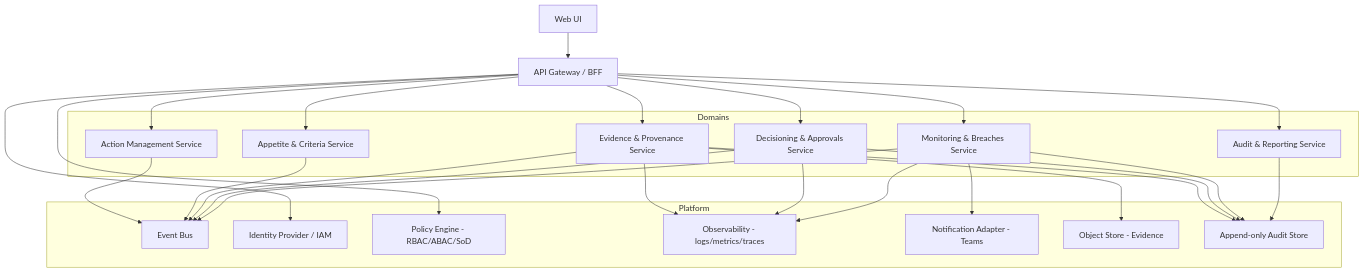
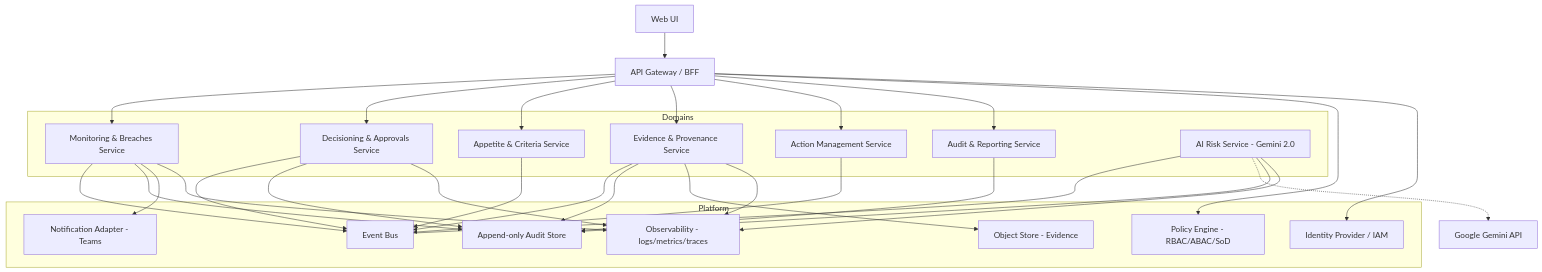
One commit to Domtellis/erm-platform changed the first of 2 diagrams in content/enterprise-architecture/04-solutions/reference-architecture.md. Above: the diagram before and after it, drawn with Mermaid. The commit also changed other lines of this file and 158 other files, not shown here.

````diff
--- a/content/enterprise-architecture/04-solutions/reference-architecture.md
+++ b/content/enterprise-architecture/04-solutions/reference-architecture.md
@@ -7,49 +7,54 @@
 ```mermaid
 flowchart TB
   UI[Web UI] --> APIGW[API Gateway / BFF]
 
   subgraph Domains
     MB[Monitoring & Breaches Service]
     AC[Appetite & Criteria Service]
     DA[Decisioning & Approvals Service]
     EP[Evidence & Provenance Service]
     AM[Action Management Service]
     AR[Audit & Reporting Service]
+    AI[AI Risk Service - Gemini 2.0]
   end
 
   APIGW --> MB
   APIGW --> DA
   APIGW --> AC
   APIGW --> EP
   APIGW --> AM
   APIGW --> AR
 
   subgraph Platform
     BUS[Event Bus]
     ID[Identity Provider / IAM]
     POL[Policy Engine - RBAC/ABAC/SoD]
     OBS[Observability - logs/metrics/traces]
     NOTIF[Notification Adapter - Teams]
     STORE[Object Store - Evidence]
     AUDITSTORE[Append-only Audit Store]
   end
 
   MB --> BUS
   DA --> BUS
   EP --> BUS
   AC --> BUS
   AM --> BUS
+  AI --- BUS
+  AI -.-> GEM[Google Gemini API]
 
   AR --> AUDITSTORE
   MB --> AUDITSTORE
   DA --> AUDITSTORE
   EP --> AUDITSTORE
+  AI --> AUDITSTORE
 
   EP --> STORE
   APIGW --> POL
   APIGW --> ID
   MB --> NOTIF
   MB --> OBS
   DA --> OBS
   EP --> OBS
+  AI --> OBS
 ```
````
